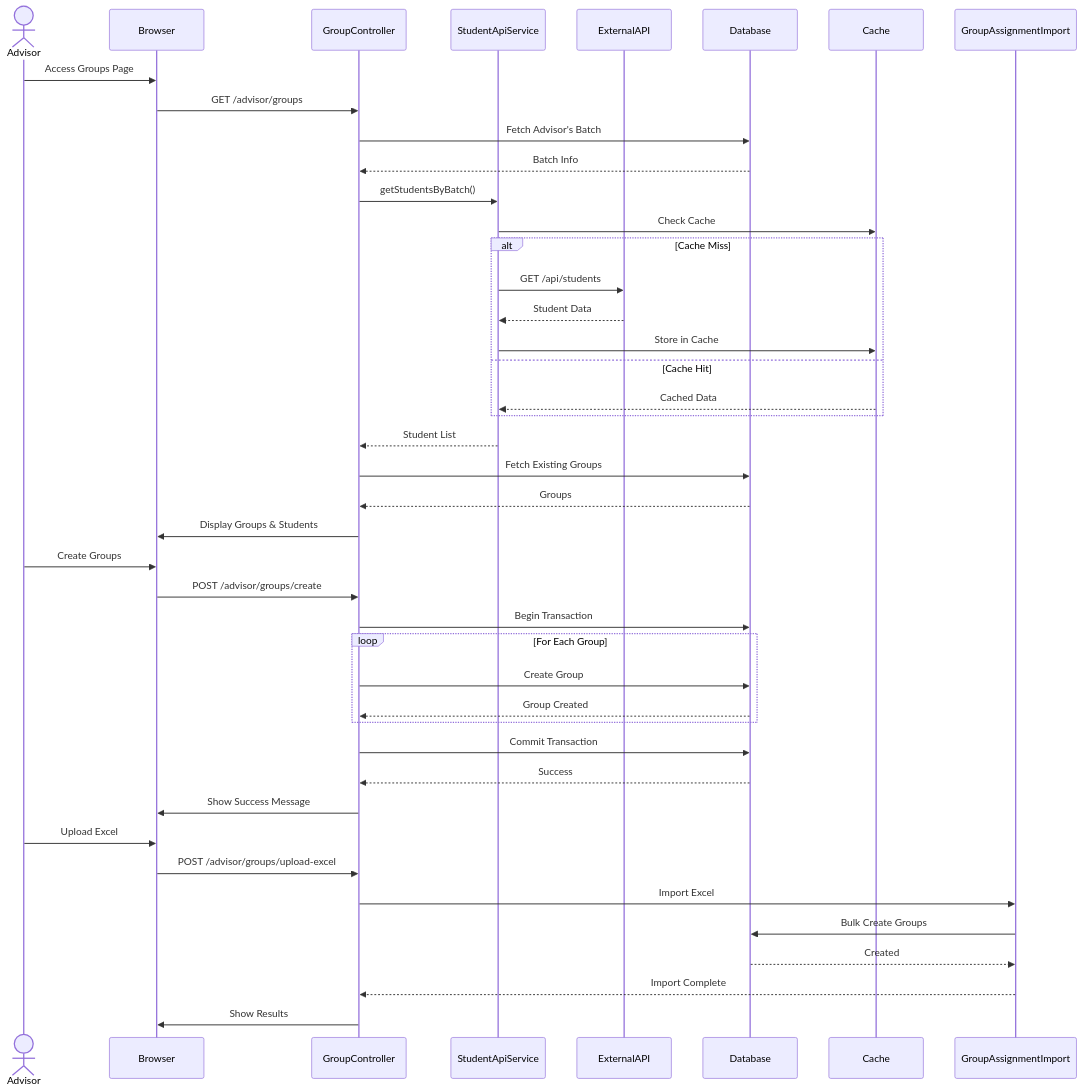
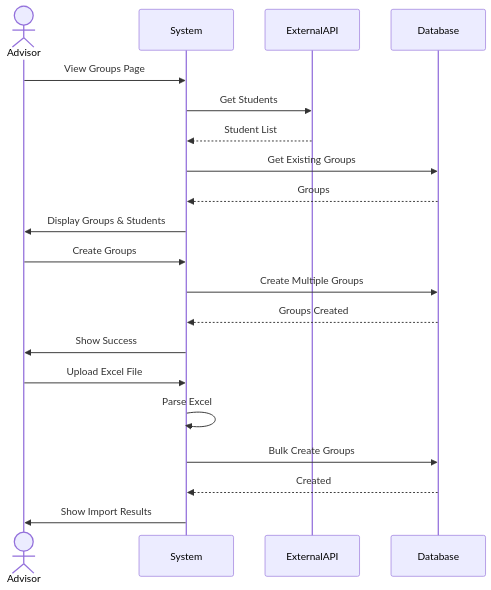
Before and after one commit to abdullah2323442/thesisrepo-backup: the sixth of 19 diagrams in documentation/sequence-diagrams.md, drawn with Mermaid. The commit also changed other lines of this file, not shown here.

````diff
--- a/documentation/sequence-diagrams.md
+++ b/documentation/sequence-diagrams.md
@@ -239,51 +164,25 @@
 ```mermaid
 sequenceDiagram
     actor Advisor
-    participant Browser
-    participant GroupController
-    participant StudentApiService
+    participant System
     participant ExternalAPI
     participant Database
-    participant Cache
 
-    Advisor->>Browser: Access Groups Page
-    Browser->>GroupController: GET /advisor/groups
-    GroupController->>Database: Fetch Advisor's Batch
-    Database-->>GroupController: Batch Info
-    GroupController->>StudentApiService: getStudentsByBatch()
+    Advisor->>System: View Groups Page
+    System->>ExternalAPI: Get Students
+    ExternalAPI-->>System: Student List
+    System->>Database: Get Existing Groups
+    Database-->>System: Groups
+    System->>Advisor: Display Groups & Students
     
-    StudentApiService->>Cache: Check Cache
-    alt Cache Miss
-        StudentApiService->>ExternalAPI: GET /api/students
-        ExternalAPI-->>StudentApiService: Student Data
-        StudentApiService->>Cache: Store in Cache
-    else Cache Hit
-        Cache-->>StudentApiService: Cached Data
-    end
+    Advisor->>System: Create Groups
+    System->>Database: Create Multiple Groups
+    Database-->>System: Groups Created
+    System->>Advisor: Show Success
     
-    StudentApiService-->>GroupController: Student List
-    GroupController->>Database: Fetch Existing Groups
-    Database-->>GroupController: Groups
-    GroupController->>Browser: Display Groups & Students
-    
-    Advisor->>Browser: Create Groups
-    Browser->>GroupController: POST /advisor/groups/create
-    GroupController->>Database: Begin Transaction
-    
-    loop For Each Group
-        GroupController->>Database: Create Group
-        Database-->>GroupController: Group Created
-    end
-    
-    GroupController->>Database: Commit Transaction
-    Database-->>GroupController: Success
-    GroupController->>Browser: Show Success Message
-    
-    Advisor->>Browser: Upload Excel
-    Browser->>GroupController: POST /advisor/groups/upload-excel
-    GroupController->>GroupAssignmentImport: Import Excel
-    GroupAssignmentImport->>Database: Bulk Create Groups
-    Database-->>GroupAssignmentImport: Created
-    GroupAssignmentImport-->>GroupController: Import Complete
-    GroupController->>Browser: Show Results
+    Advisor->>System: Upload Excel File
+    System->>System: Parse Excel
+    System->>Database: Bulk Create Groups
+    Database-->>System: Created
+    System->>Advisor: Show Import Results
 ```
````
